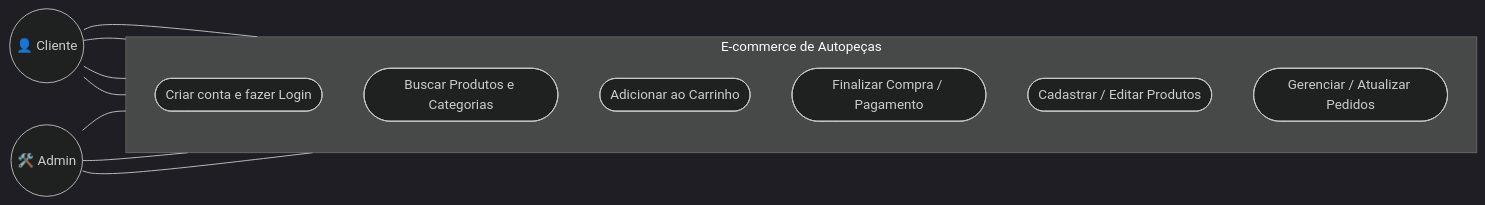
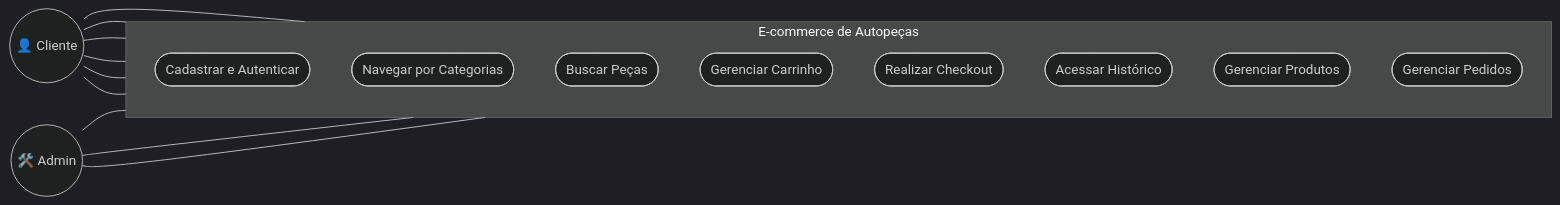
Before and after one commit to Beto-Ribeiro/AutoPro: the first of 3 diagrams in README.md, drawn with Mermaid (dark theme). The commit also changed other lines of this file, not shown here.

````diff
--- a/README.md
+++ b/README.md
@@ -80,25 +80,32 @@
 ```mermaid
 flowchart LR
+    %% Atores
     C((👤 Cliente))
     A((🛠️ Admin))
 
+    %% Sistema
     subgraph E-commerce de Autopeças
         direction TB
-        UC1([Criar conta e fazer Login])
-        UC2([Buscar Produtos e Categorias])
-        UC3([Adicionar ao Carrinho])
-        UC4([Finalizar Compra / Pagamento])
-        UC5([Cadastrar / Editar Produtos])
-        UC6([Gerenciar / Atualizar Pedidos])
+        UC1([Cadastrar e Autenticar])
+        UC2([Navegar por Categorias])
+        UC3([Buscar Peças])
+        UC4([Gerenciar Carrinho])
+        UC5([Realizar Checkout])
+        UC6([Acessar Histórico])
+        UC7([Gerenciar Produtos])
+        UC8([Gerenciar Pedidos])
     end
 
+    %% Relacionamentos do Cliente
     C --- UC1
     C --- UC2
     C --- UC3
     C --- UC4
+    C --- UC5
+    C --- UC6
 
+    %% Relacionamentos do Admin
     A --- UC1
-    A --- UC5
-    A --- UC6
-
+    A --- UC7
+    A --- UC8
 ```
````
